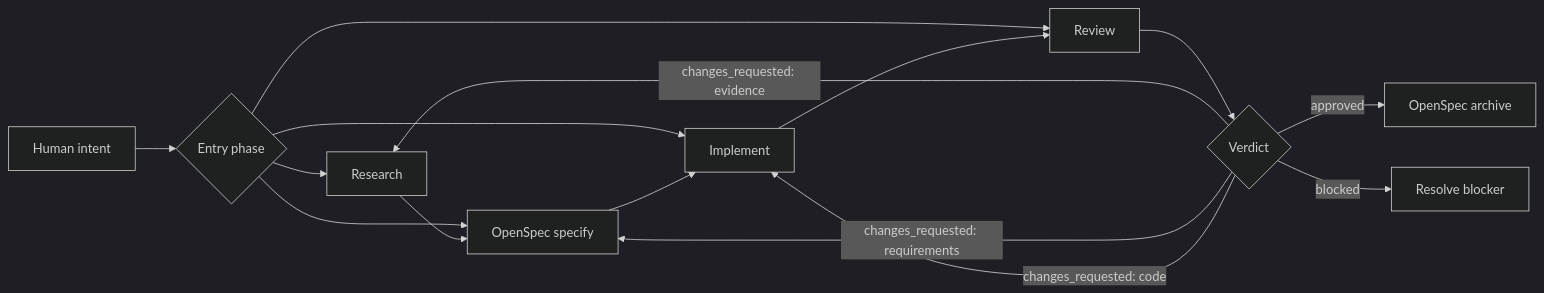
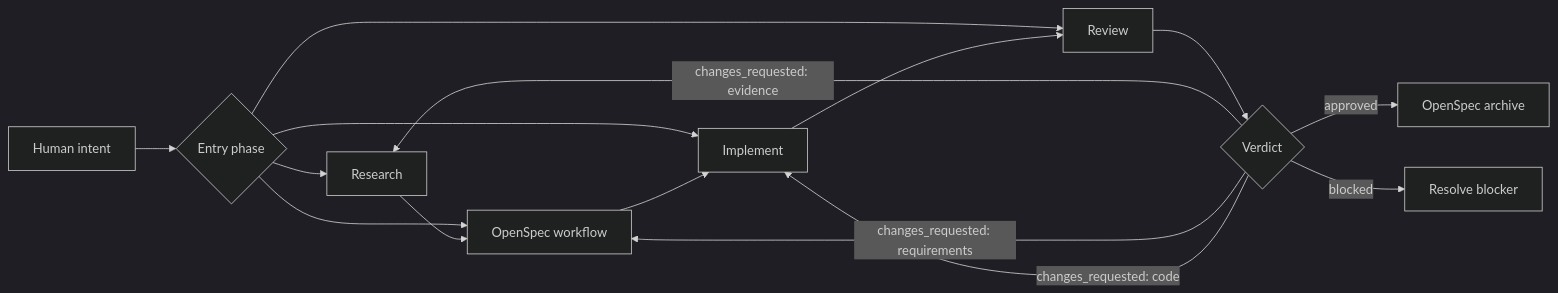
One commit to mols3131d/hmda-data-reliability changed the diagram in .agents/skills/pivot-openspec-rpi/references/workflow.md. Above: the diagram before and after it, drawn with Mermaid (dark theme). The commit also changed other lines of this file and 4 other files, not shown here.

Commit message:
feat: OpenSpec workflow 및 RPI 관련 문서 업데이트

````diff
--- a/.agents/skills/pivot-openspec-rpi/references/workflow.md
+++ b/.agents/skills/pivot-openspec-rpi/references/workflow.md
@@ -5,22 +5,22 @@
 ```mermaid
 flowchart LR
     H[Human intent]
     E{Entry phase}
     R[Research]
-    O[OpenSpec specify]
+    O[OpenSpec workflow]
     I[Implement]
     V[Review]
     D{Verdict}
 
     H --> E
     E --> R
     E --> O
     E --> I
     E --> V
     R --> O --> I --> V --> D
     D -- approved --> A[OpenSpec archive]
     D -- changes_requested: evidence --> R
     D -- changes_requested: requirements --> O
     D -- changes_requested: code --> I
     D -- blocked --> B[Resolve blocker]
 ```
````
